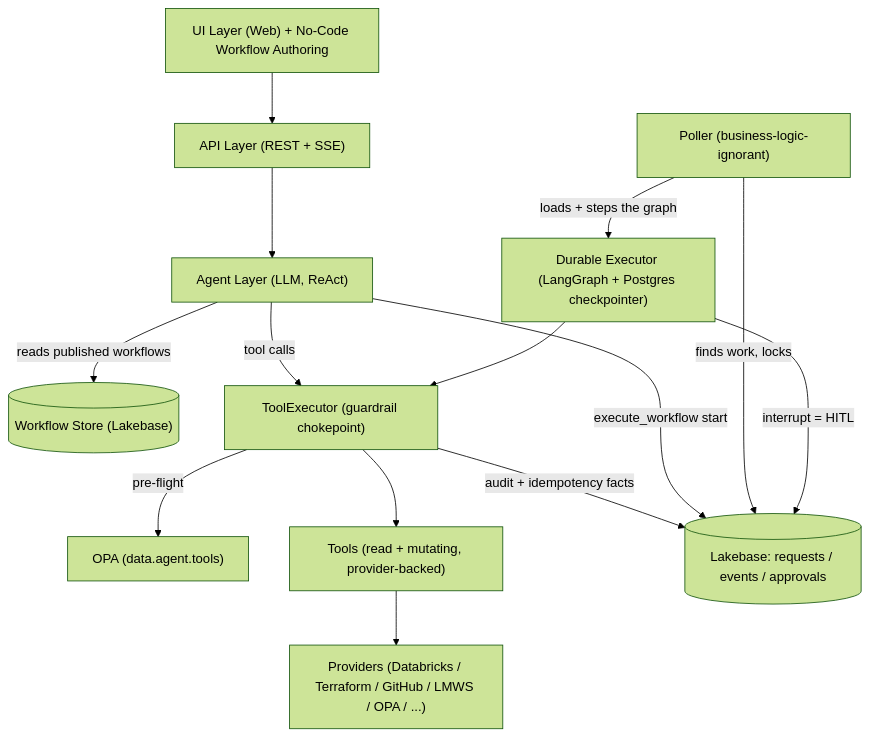
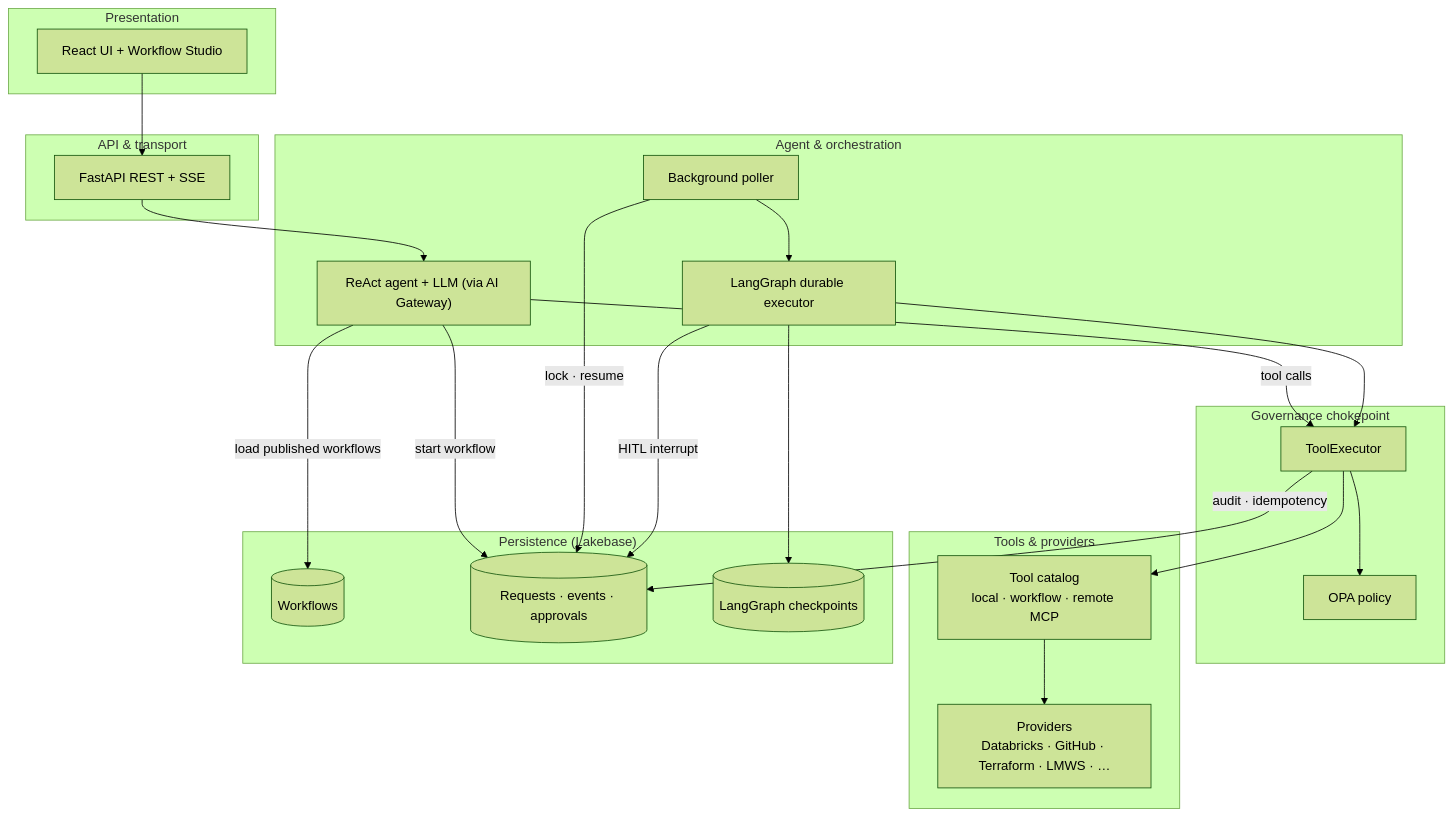
The third of 4 diagrams in docs/ARCHITECTURE.md (TaylorAHanson/ssc), drawn with Mermaid (forest theme) before and after one commit. The commit also changed other lines of this file and 3 other files, not shown here.

First line of the commit message:
Enhance Documentation with Terraform GitOps Integration

````diff
--- a/docs/ARCHITECTURE.md
+++ b/docs/ARCHITECTURE.md
@@ -112,26 +224,45 @@
 ```mermaid
-graph TD
-    UI["UI Layer (Web) + No-Code Workflow Authoring"]
-    API["API Layer (REST + SSE)"]
-    Agent["Agent Layer (LLM, ReAct)"]
-    Workflows[("Workflow Store (Lakebase)")]
-    Exec["ToolExecutor (guardrail chokepoint)"]
-    OPA["OPA (data.agent.tools)"]
-    Tools["Tools (read + mutating, provider-backed)"]
-    Providers["Providers (Databricks / Terraform / GitHub / LMWS / OPA / ...)"]
-    Engine["Durable Executor (LangGraph + Postgres checkpointer)"]
-    Poller["Poller (business-logic-ignorant)"]
-    DB[("Lakebase: requests / events / approvals")]
+flowchart TB
+    subgraph Presentation["Presentation"]
+        UI["React UI + Workflow Studio"]
+    end
 
-    UI --> API --> Agent
-    Agent -->|reads published workflows| Workflows
+    subgraph API["API & transport"]
+        REST["FastAPI REST + SSE"]
+    end
+
+    subgraph Intelligence["Agent & orchestration"]
+        Agent["ReAct agent + LLM (via AI Gateway)"]
+        Engine["LangGraph durable executor"]
+        Poller["Background poller"]
+    end
+
+    subgraph Governance["Governance chokepoint"]
+        Exec["ToolExecutor"]
+        OPA["OPA policy"]
+    end
+
+    subgraph Capabilities["Tools & providers"]
+        Tools["Tool catalog<br/>local · workflow · remote MCP"]
+        Prov["Providers<br/>Databricks · GitHub · Terraform · LMWS · …"]
+    end
+
+    subgraph Persistence["Persistence (Lakebase)"]
+        WF[("Workflows")]
+        DB[("Requests · events · approvals")]
+        CP[("LangGraph checkpoints")]
+    end
+
+    UI --> REST --> Agent
     Agent -->|tool calls| Exec
-    Exec -->|pre-flight| OPA
-    Exec --> Tools --> Providers
-    Exec -->|audit + idempotency facts| DB
-    Agent -->|execute_workflow start| DB
-    Poller -->|finds work, locks| DB
-    Poller -->|loads + steps the graph| Engine
-    Engine -->|interrupt = HITL| DB
+    Exec --> OPA
+    Exec --> Tools --> Prov
+    Exec -->|audit · idempotency| DB
+    Agent -->|load published workflows| WF
+    Agent -->|start workflow| DB
+    Poller -->|lock · resume| DB
+    Poller --> Engine
+    Engine -->|HITL interrupt| DB
     Engine --> Exec
+    Engine --> CP
 ```
````
